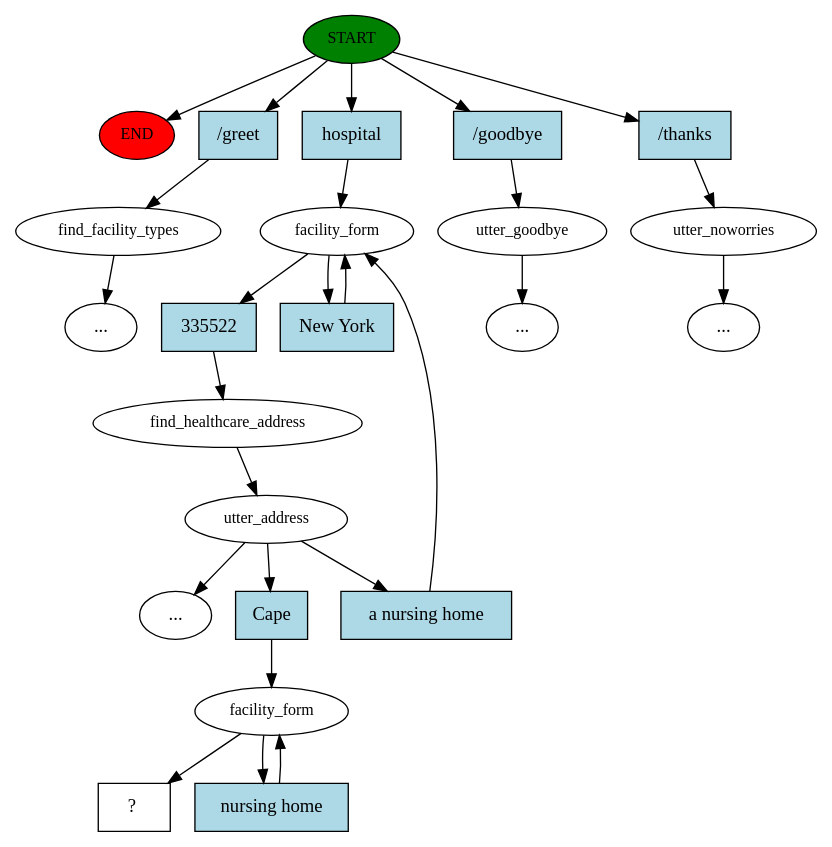
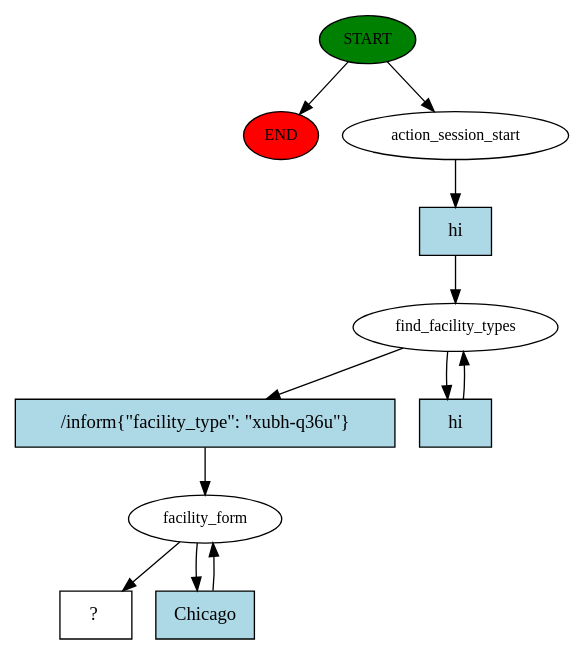
Before and after one commit to vidushi-agarwal/rasa_self_tutorial: the diagram in story_graph.dot, drawn with Graphviz. The commit also changed 5 other files, not shown here.

```diff
--- a/story_graph.dot
+++ b/story_graph.dot
@@ -1,50 +1,23 @@
 digraph  {
 0 [class="start active", fillcolor=green, fontsize=12, label=START, style=filled];
 "-1" [class=end, fillcolor=red, fontsize=12, label=END, style=filled];
-1 [class="", fontsize=12, label=find_facility_types];
-"-4" [class=ellipsis, label="..."];
-3 [class=active, fontsize=12, label=facility_form];
-4 [class=active, fontsize=12, label=find_healthcare_address];
-5 [class=active, fontsize=12, label=utter_address];
-"-5" [class=ellipsis, label="..."];
-6 [class="", fontsize=12, label=utter_goodbye];
-"-6" [class=ellipsis, label="..."];
-7 [class="", fontsize=12, label=utter_noworries];
-"-7" [class=ellipsis, label="..."];
-15 [class=active, fontsize=12, label=facility_form];
-17 [class="intent dashed active", label="  ?  ", shape=rect];
-18 [class=intent, fillcolor=lightblue, label="/greet", shape=rect, style=filled];
-19 [class="intent active", fillcolor=lightblue, label=hospital, shape=rect, style=filled];
-20 [class=intent, fillcolor=lightblue, label="/goodbye", shape=rect, style=filled];
-21 [class=intent, fillcolor=lightblue, label="/thanks", shape=rect, style=filled];
-22 [class="intent active", fillcolor=lightblue, label=335522, shape=rect, style=filled];
-23 [class="intent active", fillcolor=lightblue, label="New York", shape=rect, style=filled];
-24 [class="intent active", fillcolor=lightblue, label=Cape, shape=rect, style=filled];
-25 [class="intent active", fillcolor=lightblue, label="a nursing home", shape=rect, style=filled];
-26 [class="intent active", fillcolor=lightblue, label="nursing home", shape=rect, style=filled];
+1 [class=active, fontsize=12, label=action_session_start];
+2 [class=active, fontsize=12, label=find_facility_types];
+4 [class=active, fontsize=12, label=facility_form];
+6 [class="intent dashed active", label="  ?  ", shape=rect];
+7 [class="intent active", fillcolor=lightblue, label=hi, shape=rect, style=filled];
+8 [class="intent active", fillcolor=lightblue, label="/inform{\"facility_type\": \"xubh-q36u\"}", shape=rect, style=filled];
+9 [class="intent active", fillcolor=lightblue, label=hi, shape=rect, style=filled];
+10 [class="intent active", fillcolor=lightblue, label=Chicago, shape=rect, style=filled];
 0 -> "-1"  [class="", key=NONE, label=""];
-0 -> 18  [class="", key=0];
-0 -> 19  [class=active, key=0];
-0 -> 20  [class="", key=0];
-0 -> 21  [class="", key=0];
-1 -> "-4"  [class="", key=NONE, label=""];
-3 -> 22  [class=active, key=0];
-3 -> 23  [class=active, key=0];
-4 -> 5  [class=active, key=NONE, label=""];
-5 -> "-5"  [class="", key=NONE, label=""];
-5 -> 24  [class=active, key=0];
-5 -> 25  [class=active, key=0];
-6 -> "-6"  [class="", key=NONE, label=""];
-7 -> "-7"  [class="", key=NONE, label=""];
-15 -> 17  [class=active, key=NONE, label=""];
-15 -> 26  [class=active, key=0];
-18 -> 1  [class="", key=0];
-19 -> 3  [class=active, key=0];
-20 -> 6  [class="", key=0];
-21 -> 7  [class="", key=0];
-22 -> 4  [class=active, key=0];
-23 -> 3  [class=active, key=0];
-24 -> 15  [class=active, key=0];
-25 -> 3  [class=active, key=0];
-26 -> 15  [class=active, key=0];
+0 -> 1  [class=active, key=NONE, label=""];
+1 -> 7  [class=active, key=0];
+2 -> 8  [class=active, key=0];
+2 -> 9  [class=active, key=0];
+4 -> 6  [class=active, key=NONE, label=""];
+4 -> 10  [class=active, key=0];
+7 -> 2  [class=active, key=0];
+8 -> 4  [class=active, key=0];
+9 -> 2  [class=active, key=0];
+10 -> 4  [class=active, key=0];
 }
```
